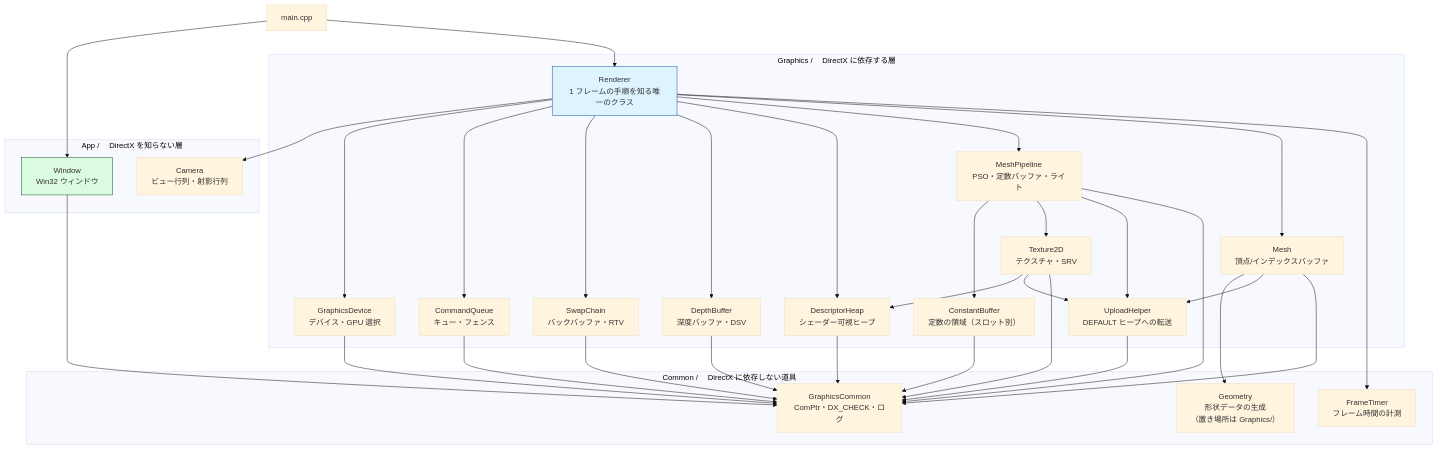
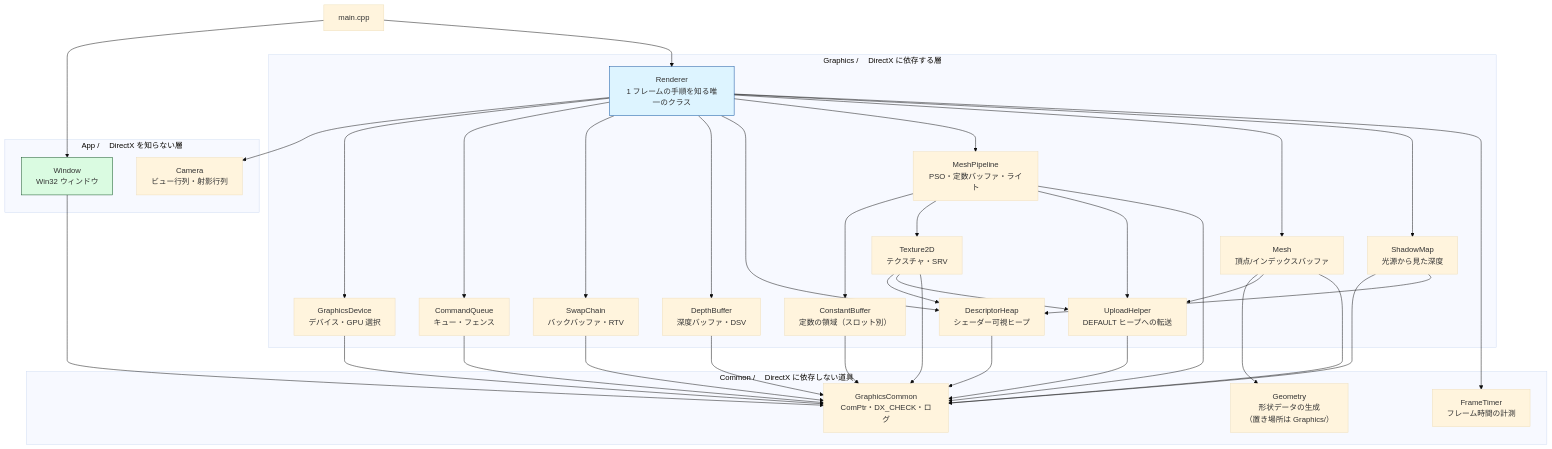
One commit to Tomonorarari-Think/DirectX12Dev changed the diagram in docs/design/クラス設計.md. Above: the diagram before and after it, drawn with Mermaid (base theme). The commit also changed other lines of this file and 19 other files, not shown here.

````diff
--- a/docs/design/クラス設計.md
+++ b/docs/design/クラス設計.md
@@ -39,64 +40,68 @@
 ```mermaid
 flowchart TD
     Main["main.cpp"]
 
     subgraph APP["App / 　DirectX を知らない層"]
         Window["Window<br/>Win32 ウィンドウ"]
         Cam["Camera<br/>ビュー行列・射影行列"]
     end
 
     subgraph GFX["Graphics / 　DirectX に依存する層"]
         Renderer["Renderer<br/>1 フレームの手順を知る唯一のクラス"]
         Device["GraphicsDevice<br/>デバイス・GPU 選択"]
         Queue["CommandQueue<br/>キュー・フェンス"]
         Swap["SwapChain<br/>バックバッファ・RTV"]
         Depth["DepthBuffer<br/>深度バッファ・DSV"]
         Heap["DescriptorHeap<br/>シェーダー可視ヒープ"]
         Tex["Texture2D<br/>テクスチャ・SRV"]
         Up["UploadHelper<br/>DEFAULT ヒープへの転送"]
         Pipe["MeshPipeline<br/>PSO・定数バッファ・ライト"]
         MeshN["Mesh<br/>頂点/インデックスバッファ"]
+        Shadow["ShadowMap<br/>光源から見た深度"]
         CB["ConstantBuffer<br/>定数の領域（スロット別）"]
     end
 
     subgraph COM["Common / 　DirectX に依存しない道具"]
         GC["GraphicsCommon<br/>ComPtr・DX_CHECK・ログ"]
         FT["FrameTimer<br/>フレーム時間の計測"]
         Geo["Geometry<br/>形状データの生成<br/>（置き場所は Graphics/）"]
     end
 
     Main --> Window
     Main --> Renderer
     Renderer --> Cam
 
     Renderer --> Device
     Renderer --> Queue
     Renderer --> Swap
     Renderer --> Depth
     Renderer --> Heap
     Renderer --> Pipe
     Renderer --> MeshN
+    Renderer --> Shadow
     Renderer --> FT
     MeshN --> Geo
     MeshN --> Up
     Pipe --> CB
     Pipe --> Tex
     Pipe --> Up
     Tex --> Heap
     Tex --> Up
 
     Device --> GC
     Queue --> GC
     Swap --> GC
     Depth --> GC
     Pipe --> GC
     CB --> GC
     Heap --> GC
     Tex --> GC
     MeshN --> GC
+    Shadow --> GC
+    Shadow --> Heap
     Up --> GC
     Window --> GC
 
     style Renderer fill:#ddf4ff,stroke:#0a4f9e
     style Window fill:#dafbe1,stroke:#0d4f21
 ```
````
